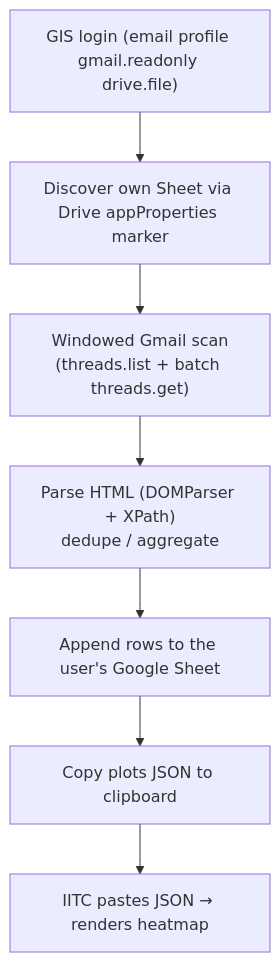
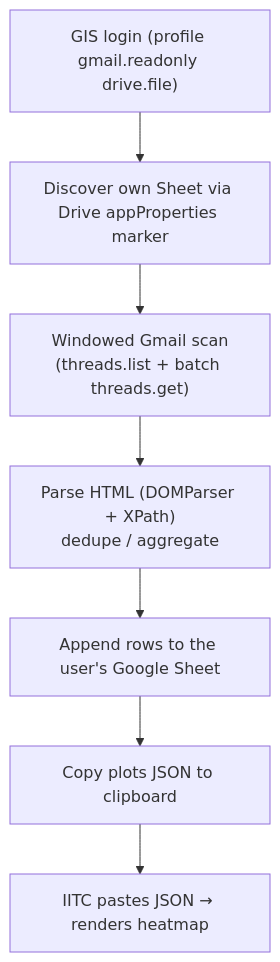
One commit to nikola-f/damage-report-plots-v2 changed the second of 2 diagrams in README.md. Above: the diagram before and after it, drawn with Mermaid. The commit also changed 8 other files, not shown here.

````diff
--- a/README.md
+++ b/README.md
@@ -47,17 +47,17 @@
 ```mermaid
 graph TD
-    Login["GIS login (email profile gmail.readonly drive.file)"]
+    Login["GIS login (profile gmail.readonly drive.file)"]
     Discover["Discover own Sheet via Drive appProperties marker"]
     Scan["Windowed Gmail scan\n(threads.list + batch threads.get)"]
     Parse["Parse HTML (DOMParser + XPath)\ndedupe / aggregate"]
     Append["Append rows to the user's Google Sheet"]
     Copy["Copy plots JSON to clipboard"]
     Render["IITC pastes JSON → renders heatmap"]
 
     Login --> Discover
     Discover --> Scan
     Scan --> Parse
     Parse --> Append
     Append --> Copy
     Copy --> Render
 ```
````
